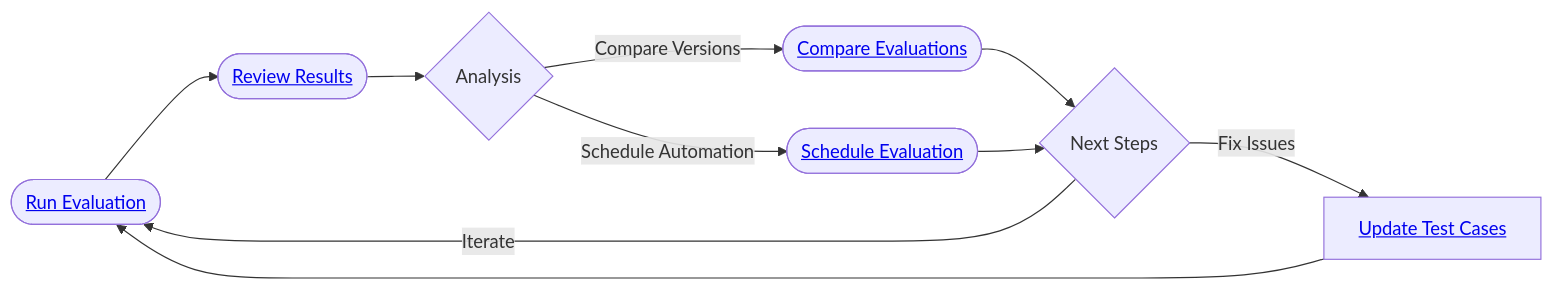
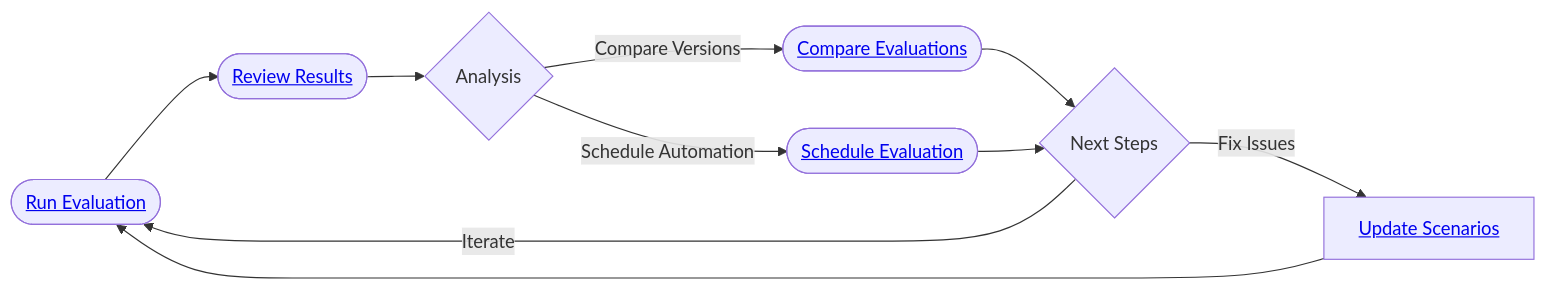
Before and after one commit to Giskard-AI/giskard-docs: the diagram in src/content/docs/hub/ui/evaluations/index.mdx, drawn with Mermaid. The commit also changed 4 other files, not shown here.

````diff
--- a/src/content/docs/hub/ui/evaluations/index.mdx
+++ b/src/content/docs/hub/ui/evaluations/index.mdx
@@ -51,12 +51,12 @@
 ```mermaid
 graph LR
     A([<a href="/hub/ui/evaluations/create" target="_self">Run Evaluation</a>]) --> B([<a href="/hub/ui/evaluations" target="_self">Review Results</a>])
     B --> C{Analysis}
     C -->|Compare Versions| D([<a href="/hub/ui/evaluations/compare" target="_self">Compare Evaluations</a>])
     C -->|Schedule Automation| E([<a href="/hub/ui/evaluations/schedule" target="_self">Schedule Evaluation</a>])
     D --> F{Next Steps}
     E --> F
     F -->|Iterate| A
-    F -->|Fix Issues| G[<a href="/hub/ui/annotate" target="_self">Update Test Cases</a>]
+    F -->|Fix Issues| G[<a href="/hub/ui/annotate" target="_self">Update Scenarios</a>]
     G --> A
 ```
````
